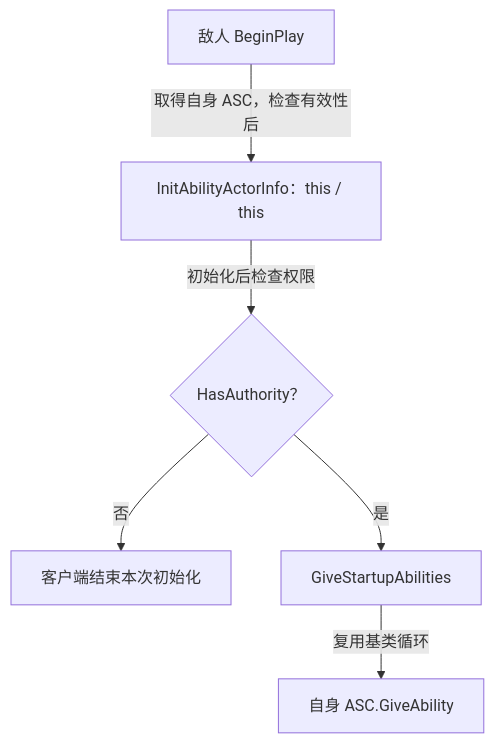
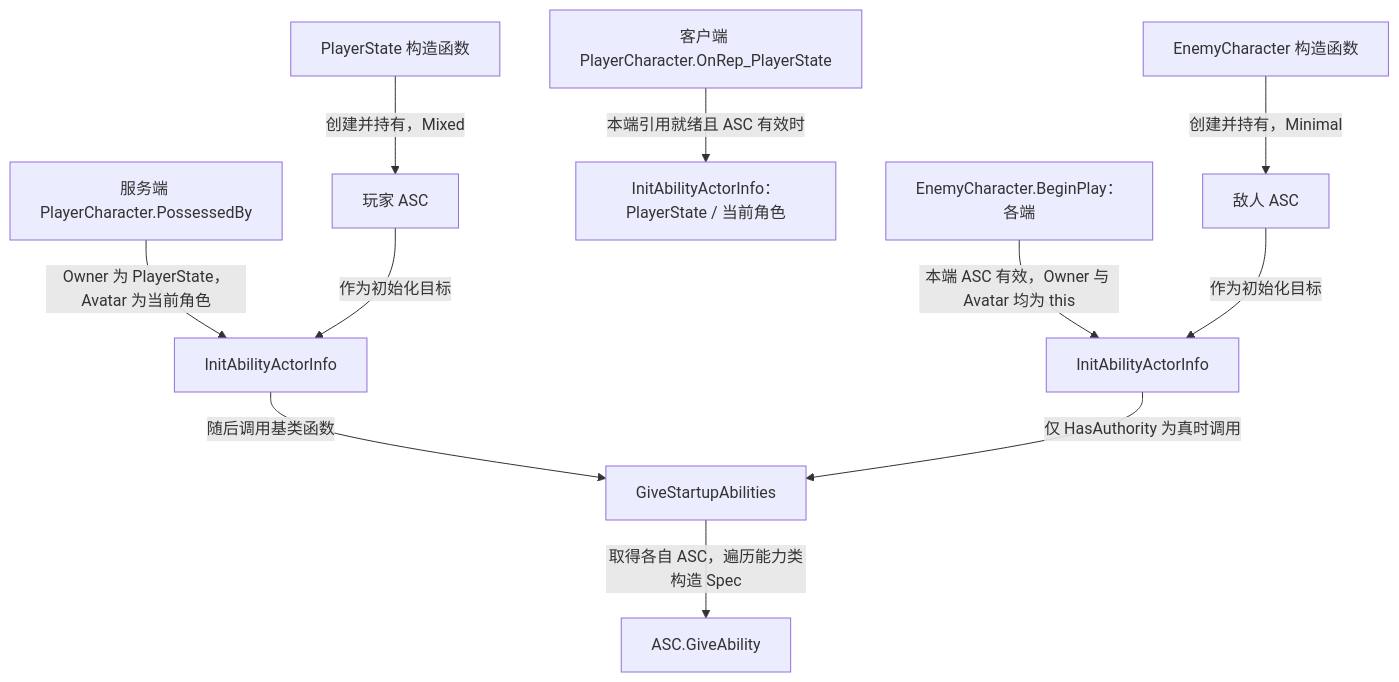
The first of 2 diagrams in AbilitySystem/StartupAbilities.md (xue1ong/GAS_StudyNotes), drawn with Mermaid before and after one commit. The commit also changed other lines of this file and 14 other files, not shown here.

````diff
--- a/AbilitySystem/StartupAbilities.md
+++ b/AbilitySystem/StartupAbilities.md
@@ -51,8 +14,13 @@
 ```mermaid
 flowchart TD
-    begin["敌人 BeginPlay"] -->|"取得自身 ASC，检查有效性后"| init["InitAbilityActorInfo：this / this"]
-    init -->|"初始化后检查权限"| authority{"HasAuthority？"}
-    authority -->|"否"| clientDone["客户端结束本次初始化"]
-    authority -->|"是"| startup["GiveStartupAbilities"]
-    startup -->|"复用基类循环"| give["自身 ASC.GiveAbility"]
+    state["PlayerState 构造函数"] -->|"创建并持有，Mixed"| playerAsc["玩家 ASC"]
+    possessed["服务端 PlayerCharacter.PossessedBy"] -->|"Owner 为 PlayerState，Avatar 为当前角色"| playerInfo["InitAbilityActorInfo"]
+    playerAsc -->|"作为初始化目标"| playerInfo
+    playerInfo -->|"随后调用基类函数"| startup["GiveStartupAbilities"]
+    onRep["客户端 PlayerCharacter.OnRep_PlayerState"] -->|"本端引用就绪且 ASC 有效时"| clientInfo["InitAbilityActorInfo：PlayerState / 当前角色"]
+    enemy["EnemyCharacter 构造函数"] -->|"创建并持有，Minimal"| enemyAsc["敌人 ASC"]
+    begin["EnemyCharacter.BeginPlay：各端"] -->|"本端 ASC 有效，Owner 与 Avatar 均为 this"| enemyInfo["InitAbilityActorInfo"]
+    enemyAsc -->|"作为初始化目标"| enemyInfo
+    enemyInfo -->|"仅 HasAuthority 为真时调用"| startup
+    startup -->|"取得各自 ASC，遍历能力类构造 Spec"| give["ASC.GiveAbility"]
 ```
````
